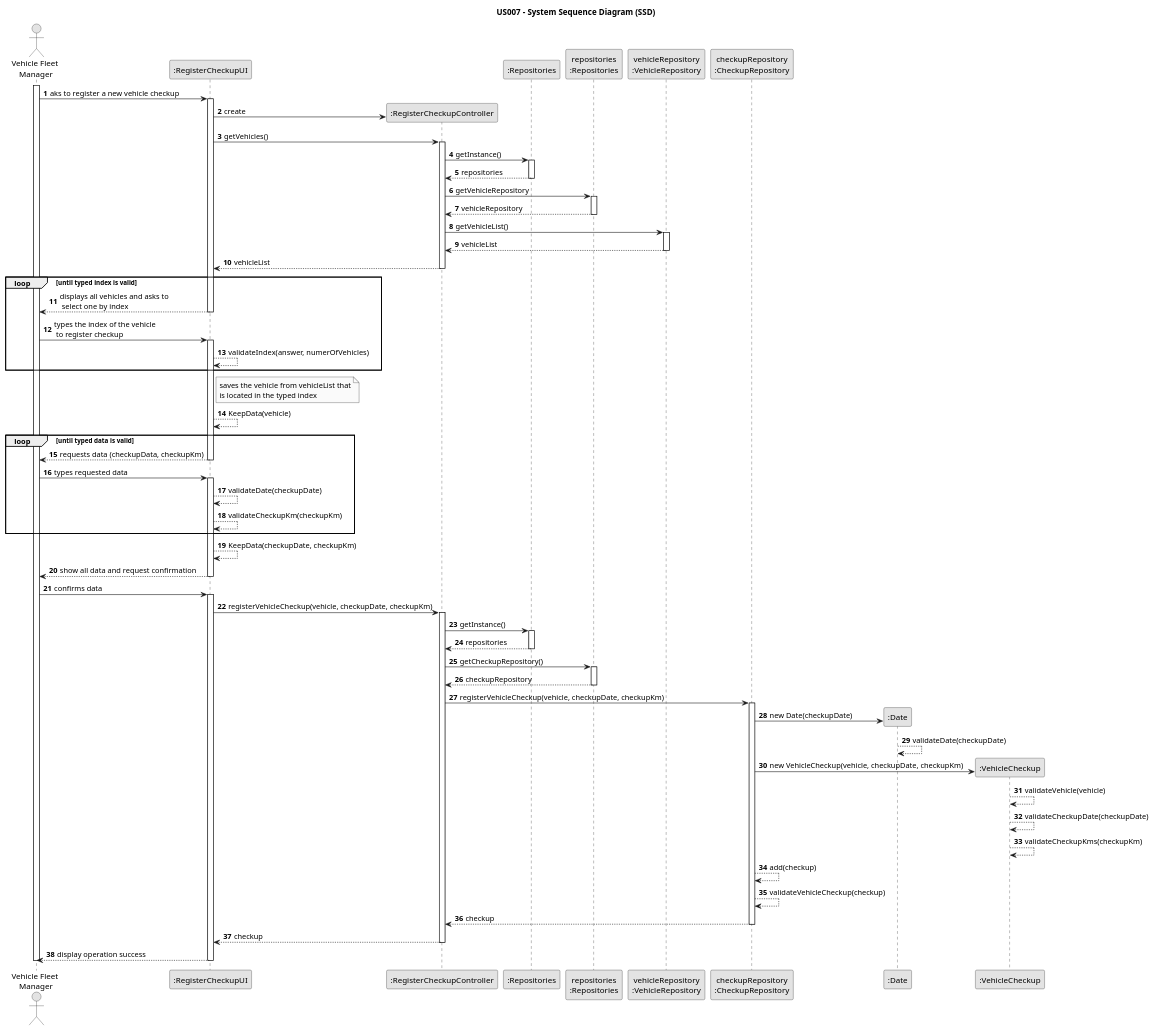
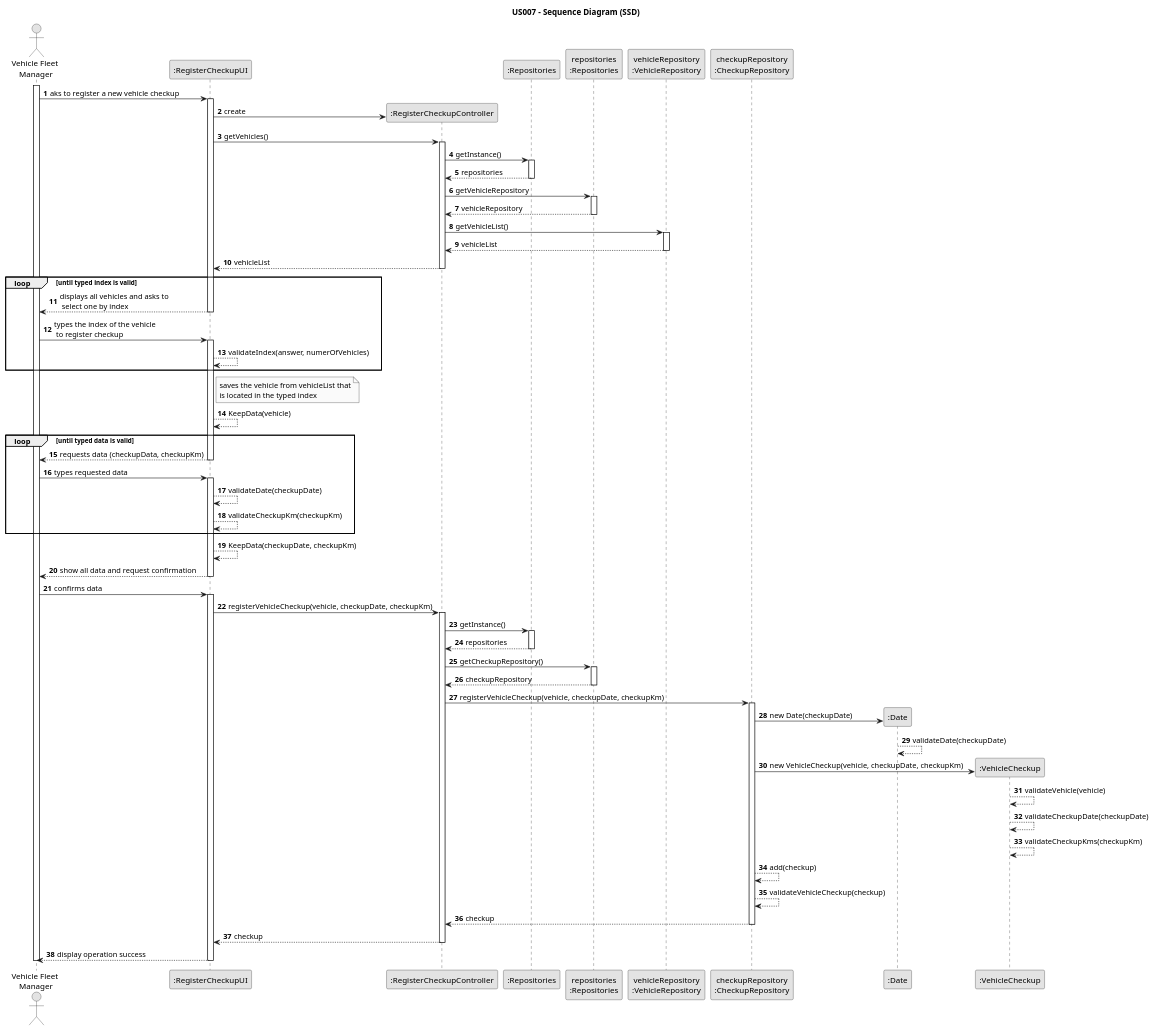
One commit to Rui-San/LAPR2_2023_2024 changed the diagram in docs/sprintB/us007/03.design/puml/us007-sequence-diagram-full.puml. Above: the diagram before and after it, drawn with PlantUML. The commit also changed 2 other files, not shown here.

```diff
--- a/docs/sprintB/us007/03.design/puml/us007-sequence-diagram-full.puml
+++ b/docs/sprintB/us007/03.design/puml/us007-sequence-diagram-full.puml
@@ -1,115 +1,115 @@
 @startuml
 skinparam monochrome true
 skinparam packageStyle rectangle
 skinparam shadowing false
 
-title US007 - System Sequence Diagram (SSD)
+title US007 - Sequence Diagram (SSD)
 
 autonumber
 
 actor "Vehicle Fleet\n Manager" as VFM
 participant ":RegisterCheckupUI" as UI
 participant ":RegisterCheckupController" as CTRL
 participant ":Repositories" as REPOS
 participant "repositories\n:Repositories" as REPOSInstance
 participant "vehicleRepository\n:VehicleRepository" as VehicleREPO
 participant "checkupRepository\n:CheckupRepository" as CheckupREPO
 participant ":Date" as Date
 participant ":VehicleCheckup" as Checkup
 
 activate VFM
 
     VFM -> UI : aks to register a new vehicle checkup
     activate UI
 
         UI -> CTRL** : create
         UI -> CTRL : getVehicles()
         activate CTRL
 
             CTRL -> REPOS : getInstance()
             activate REPOS
 
                 REPOS --> CTRL : repositories
             deactivate REPOS
 
             CTRL -> REPOSInstance : getVehicleRepository
             activate REPOSInstance
 
                 REPOSInstance --> CTRL : vehicleRepository
             deactivate REPOSInstance
 
             CTRL -> VehicleREPO : getVehicleList()
             activate VehicleREPO
 
                 VehicleREPO --> CTRL : vehicleList
             deactivate VehicleREPO
             CTRL --> UI : vehicleList
         deactivate CTRL
 loop until typed index is valid
         UI --> VFM : displays all vehicles and asks to\n select one by index
     deactivate UI
 
     VFM -> UI : types the index of the vehicle\n to register checkup
     activate UI
         UI --> UI : validateIndex(answer, numerOfVehicles)
 end loop
         note right of UI
             saves the vehicle from vehicleList that
             is located in the typed index
         end note
         UI --> UI : KeepData(vehicle)
 loop until typed data is valid
         UI --> VFM : requests data (checkupData, checkupKm)
     deactivate UI
 
     VFM -> UI : types requested data
     activate UI
 
         UI --> UI : validateDate(checkupDate)
         UI --> UI : validateCheckupKm(checkupKm)
 end loop
         UI --> UI : KeepData(checkupDate, checkupKm)
         UI --> VFM : show all data and request confirmation
     deactivate UI
 
     VFM -> UI : confirms data
     activate UI
 
         UI -> CTRL : registerVehicleCheckup(vehicle, checkupDate, checkupKm)
         activate CTRL
 
             CTRL -> REPOS : getInstance()
             activate REPOS
 
                 REPOS --> CTRL : repositories
             deactivate REPOS
 
             CTRL -> REPOSInstance : getCheckupRepository()
             activate REPOSInstance
 
                 REPOSInstance --> CTRL : checkupRepository
             deactivate REPOSInstance
 
             CTRL -> CheckupREPO : registerVehicleCheckup(vehicle, checkupDate, checkupKm)
             activate CheckupREPO
 
                 CheckupREPO -> Date** : new Date(checkupDate)
                     Date --> Date : validateDate(checkupDate)
                 CheckupREPO -> Checkup** : new VehicleCheckup(vehicle, checkupDate, checkupKm)
                     Checkup --> Checkup : validateVehicle(vehicle)
                     Checkup --> Checkup : validateCheckupDate(checkupDate)
                     Checkup --> Checkup : validateCheckupKms(checkupKm)
                 CheckupREPO --> CheckupREPO : add(checkup)
                 CheckupREPO --> CheckupREPO : validateVehicleCheckup(checkup)
                 CheckupREPO --> CTRL : checkup
             deactivate CheckupREPO
 
             CTRL --> UI : checkup
         deactivate CTRL
 
         UI --> VFM : display operation success
     deactivate UI
 
 deactivate VFM
 
 @enduml
```
